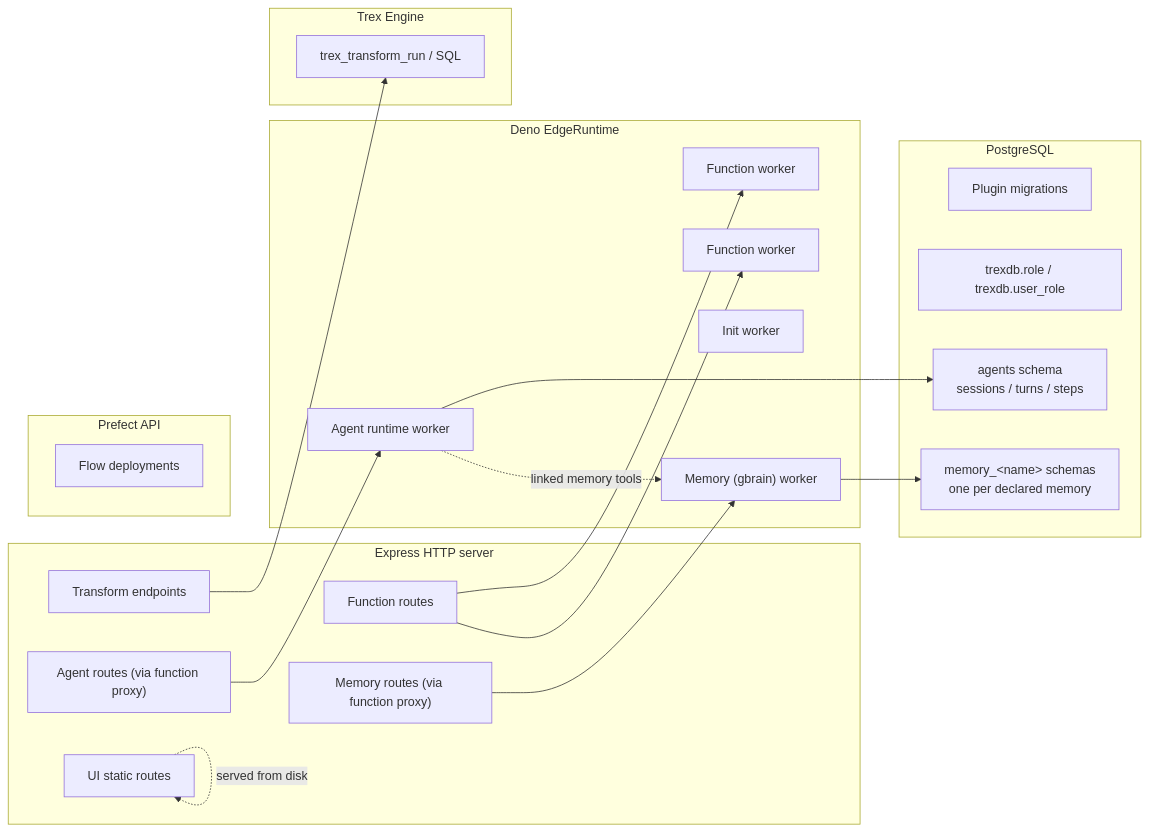
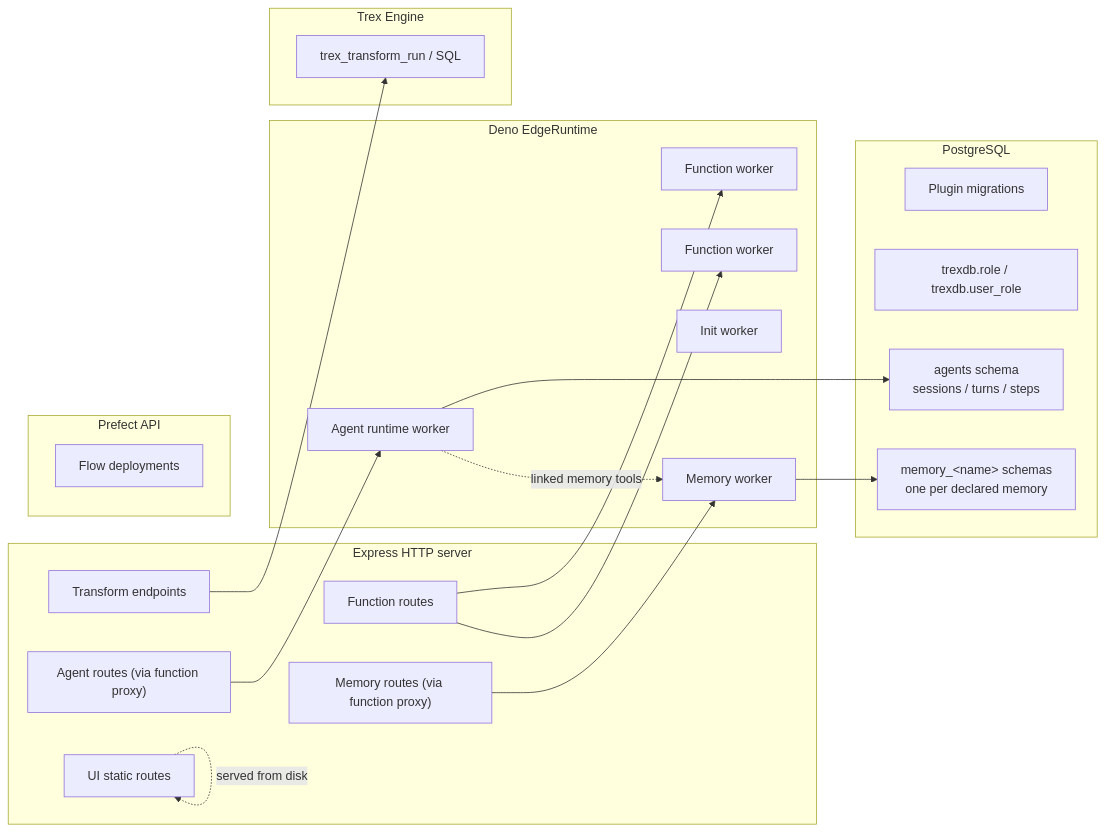
One commit to OHDSI/trex changed the second of 2 diagrams in plugins/docs/docs/concepts/plugin-system.md. Above: the diagram before and after it, drawn with Mermaid. The commit also changed other lines of this file and 8 other files, not shown here.

````diff
--- a/plugins/docs/docs/concepts/plugin-system.md
+++ b/plugins/docs/docs/concepts/plugin-system.md
@@ -112,43 +112,43 @@
 ```mermaid
 flowchart LR
     subgraph Express["Express HTTP server"]
         FunctionRoutes["Function routes"]
         UIStatic["UI static routes"]
         TransformEP["Transform endpoints"]
         AgentRoutes["Agent routes (via function proxy)"]
         MemoryRoutes["Memory routes (via function proxy)"]
     end
 
     subgraph DenoRuntime["Deno EdgeRuntime"]
         FnWorker1["Function worker"]
         FnWorker2["Function worker"]
         InitWorker["Init worker"]
         AgentWorker["Agent runtime worker"]
-        MemoryWorker["Memory (gbrain) worker"]
+        MemoryWorker["Memory worker"]
     end
 
     subgraph TrexEngine["Trex Engine"]
         TrexQuery["trex_transform_run / SQL"]
     end
 
     subgraph PG["PostgreSQL"]
         Migrations["Plugin migrations"]
         Roles["trexdb.role / trexdb.user_role"]
         AgentState["agents schema<br/>sessions / turns / steps"]
         MemorySchemas["memory_&lt;name&gt; schemas<br/>one per declared memory"]
     end
 
     subgraph Prefect["Prefect API"]
         FlowDeploy["Flow deployments"]
     end
 
     FunctionRoutes --> FnWorker1
     FunctionRoutes --> FnWorker2
     TransformEP --> TrexQuery
     AgentRoutes --> AgentWorker
     AgentWorker --> AgentState
     MemoryRoutes --> MemoryWorker
     MemoryWorker --> MemorySchemas
     AgentWorker -.->|linked memory tools| MemoryWorker
     UIStatic -.->|served from disk| UIStatic
 ```
````
